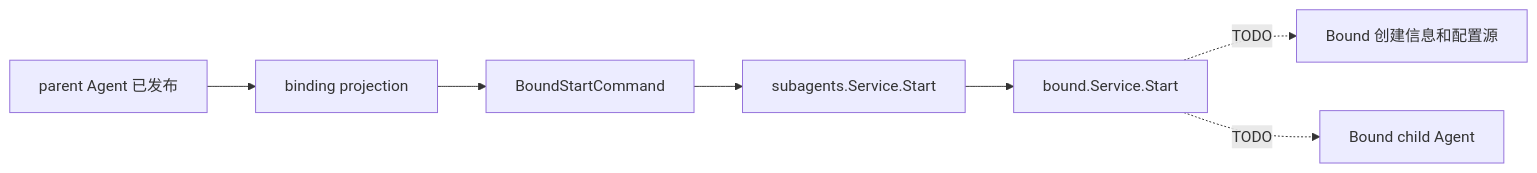
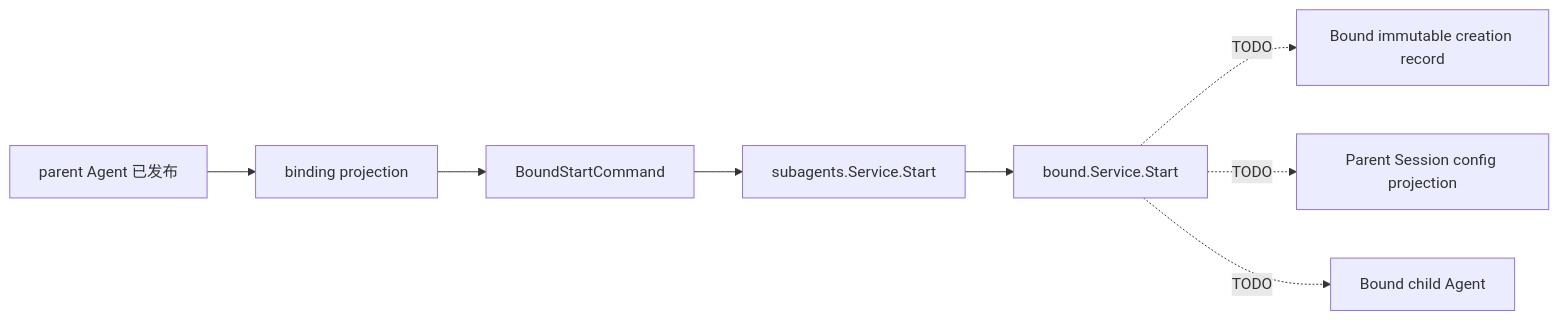
Before and after one commit to gorenx/goren: the diagram in subagent/internal/bound/README.zh-CN.md, drawn with Mermaid. The commit also changed other lines of this file and 52 other files, not shown here.

````diff
--- a/subagent/internal/bound/README.zh-CN.md
+++ b/subagent/internal/bound/README.zh-CN.md
@@ -5,9 +5,10 @@
 ```mermaid
 flowchart LR
     Parent[parent Agent 已发布] --> Binding[binding projection]
     Binding --> Command[BoundStartCommand]
     Command --> Facade[subagents.Service.Start]
     Facade --> Bound[bound.Service.Start]
-    Bound -. TODO .-> Source[Bound 创建信息和配置源]
+    Bound -. TODO .-> Creation[Bound immutable creation record]
+    Bound -. TODO .-> Config[Parent Session config projection]
     Bound -. TODO .-> Child[Bound child Agent]
 ```
````
